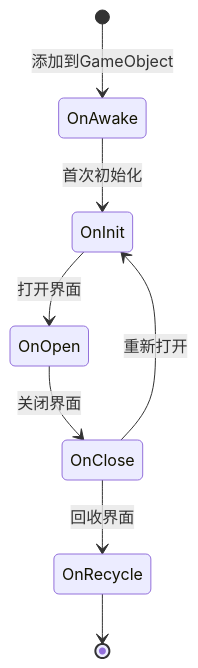
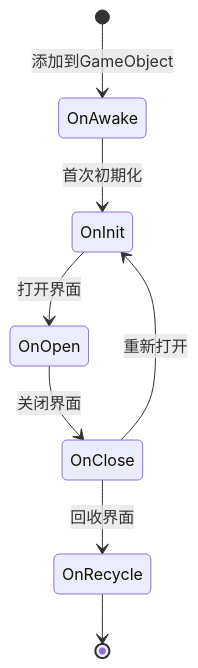
One commit to AlianBlank/GameFrameX.Docs changed the third of 3 diagrams in docs/ja/client/unity/component/ui-fairygui/03.getting-started.md. Above: the diagram before and after it, drawn with Mermaid. The commit also changed other lines of this file and 603 other files, not shown here.

````diff
--- a/docs/ja/client/unity/component/ui-fairygui/03.getting-started.md
+++ b/docs/ja/client/unity/component/ui-fairygui/03.getting-started.md
@@ -239,10 +239,10 @@
 ```mermaid
 stateDiagram-v2
     [*] --> OnAwake: 添加到GameObject
-    OnAwake --> OnInit: 首次初始化
+    OnAwake --> OnInit: 首次初期化
     OnInit --> OnOpen: 打开界面
     OnOpen --> OnClose: 关闭界面
     OnClose --> OnInit: 重新打开
     OnClose --> OnRecycle: 回收界面
     OnRecycle --> [*]
 ```
````
